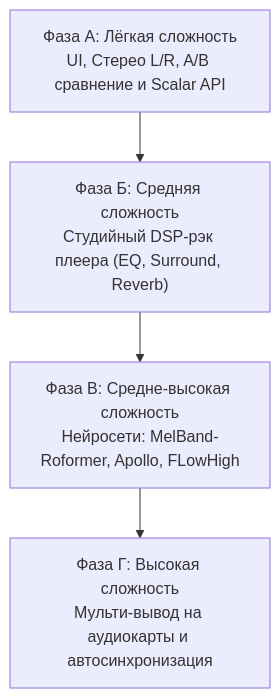
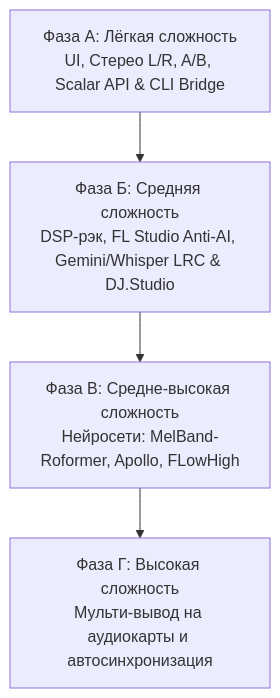
The diagram in ROADMAP.md (Lotargo/sonata-music), drawn with Mermaid before and after one commit. The commit also changed other lines of this file, not shown here.

Commit message:
docs(roadmap): add FL Studio anti-ai techniques, DJ.Studio analytics, Gemini/Whisper audio intelligence and CLI provider layer

````diff
--- a/ROADMAP.md
+++ b/ROADMAP.md
@@ -228,6 +270,6 @@
 ```mermaid
 flowchart TD
-    A["Фаза А: Лёгкая сложность<br/>UI, Стерео L/R, A/B сравнение и Scalar API"] --> B["Фаза Б: Средняя сложность<br/>Студийный DSP-рэк плеера (EQ, Surround, Reverb)"]
+    A["Фаза А: Лёгкая сложность<br/>UI, Стерео L/R, A/B, Scalar API & CLI Bridge"] --> B["Фаза Б: Средняя сложность<br/>DSP-рэк, FL Studio Anti-AI, Gemini/Whisper LRC & DJ.Studio"]
     B --> C["Фаза В: Средне-высокая сложность<br/>Нейросети: MelBand-Roformer, Apollo, FLowHigh"]
     C --> D["Фаза Г: Высокая сложность<br/>Мульти-вывод на аудиокарты и автосинхронизация"]
 ```
````
